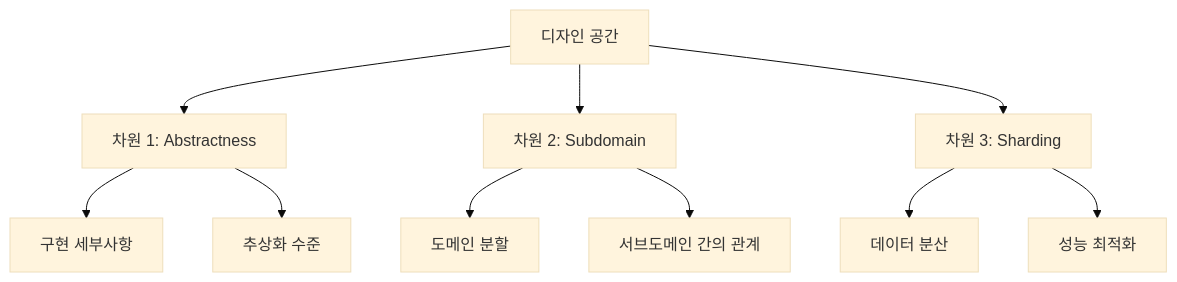
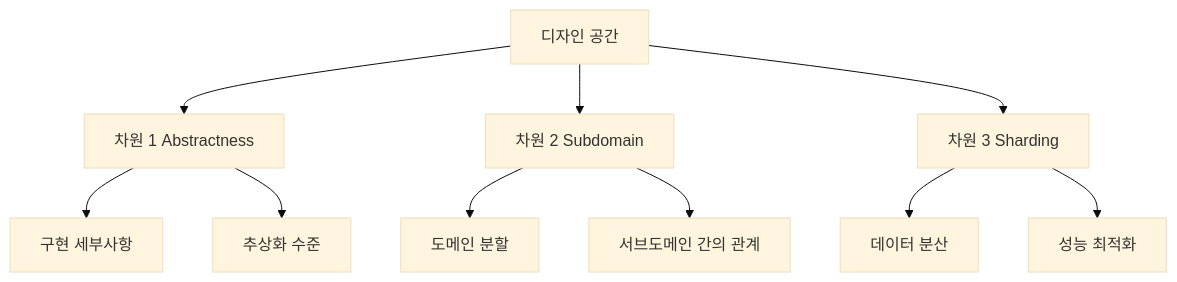
Before and after one commit to 42jerrykim/42jerrykim.github.io: the fourth of 32 diagrams in content/post/2024/2024-09-13-architectual-metapattern/index.md, drawn with Mermaid (base theme). The commit also changed other lines of this file and 239 other files, not shown here.

````diff
--- a/content/post/2024/2024-09-13-architectual-metapattern/index.md
+++ b/content/post/2024/2024-09-13-architectual-metapattern/index.md
@@ -292,12 +221,12 @@
 ```mermaid
-graph TD;
-    A[디자인 공간] --> B[차원 1: Abstractness]
-    A --> C[차원 2: Subdomain]
-    A --> D[차원 3: Sharding]
-    B --> E[구현 세부사항]
-    B --> F[추상화 수준]
-    C --> G[도메인 분할]
-    C --> H[서브도메인 간의 관계]
-    D --> I[데이터 분산]
-    D --> J[성능 최적화]
+graph TD
+    DesignSpace["디자인 공간"] --> Dim1["차원 1 Abstractness"]
+    DesignSpace --> Dim2["차원 2 Subdomain"]
+    DesignSpace --> Dim3["차원 3 Sharding"]
+    Dim1 --> ImplDetail["구현 세부사항"]
+    Dim1 --> AbstLevel["추상화 수준"]
+    Dim2 --> DomainSplit["도메인 분할"]
+    Dim2 --> SubdomainRel["서브도메인 간의 관계"]
+    Dim3 --> DataDist["데이터 분산"]
+    Dim3 --> PerfOpt["성능 최적화"]
 ```
````
